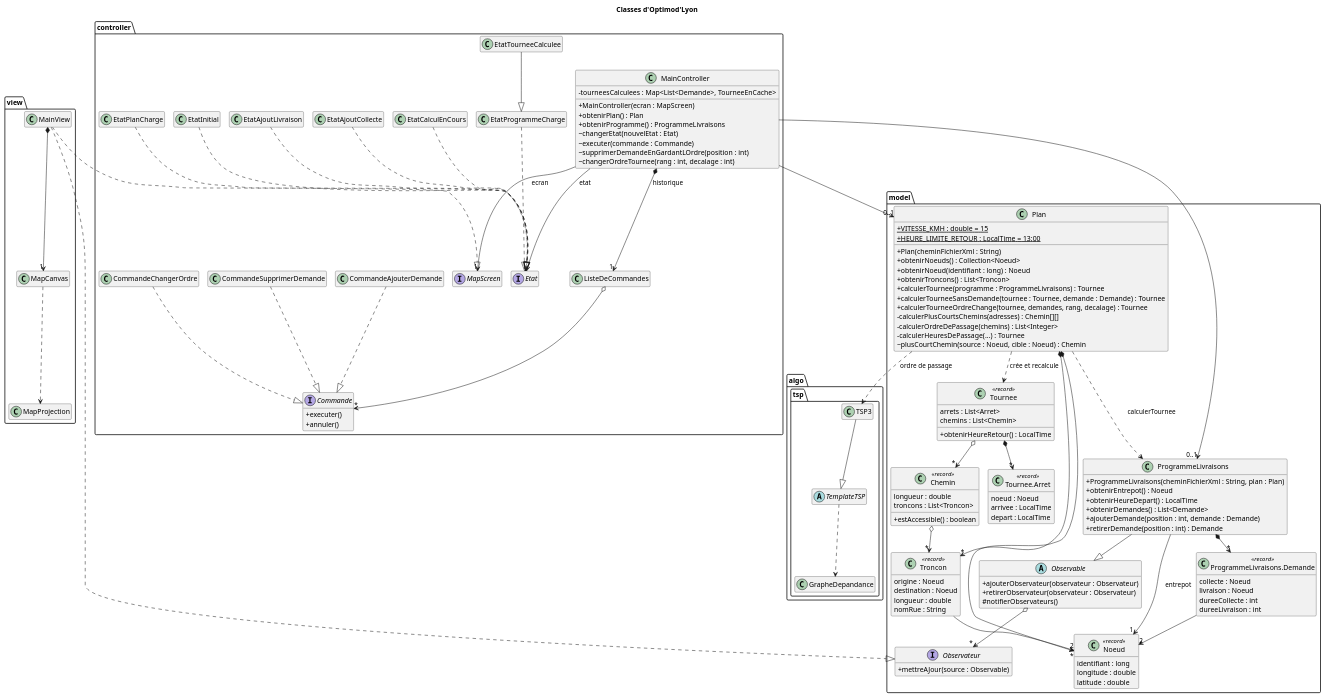
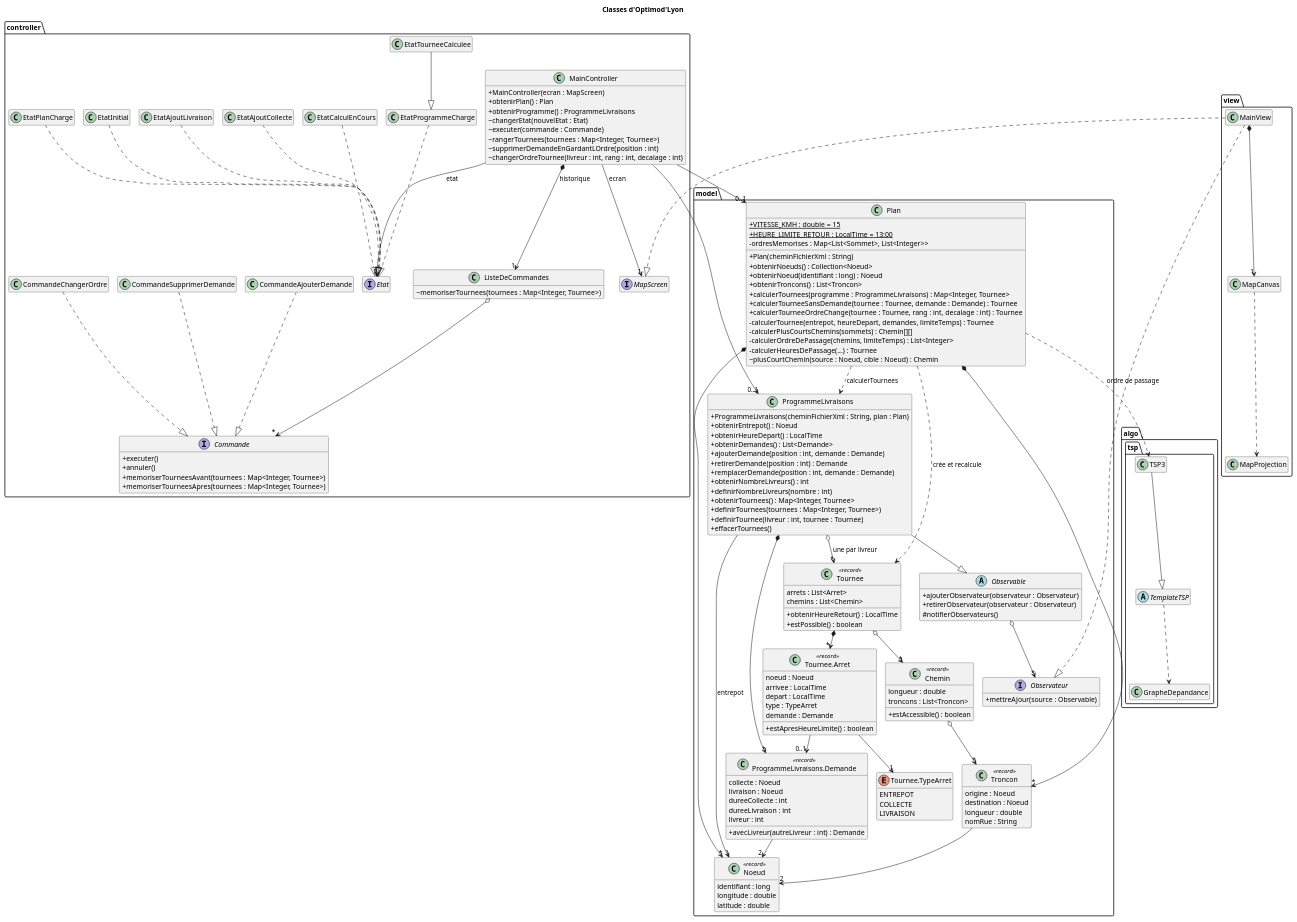
The diagram in docs/diagrams/classes.puml (tristanhp/Optimod-Lyon), drawn with PlantUML before and after one commit. The commit also changed 32 other files, not shown here.

Commit message:
TIG-95 plusieurs livreurs : une tournée par livreur (#35)

```diff
--- a/docs/diagrams/classes.puml
+++ b/docs/diagrams/classes.puml
@@ -1,153 +1,180 @@
 @startuml classes
 !pragma layout smetana
 title Classes d'Optimod'Lyon
 skinparam classAttributeIconSize 0
 hide empty members
 
 package "model" {
   class Plan {
     +{static} VITESSE_KMH : double = 15
     +{static} HEURE_LIMITE_RETOUR : LocalTime = 13:00
     +Plan(cheminFichierXml : String)
     +obtenirNoeuds() : Collection<Noeud>
     +obtenirNoeud(identifiant : long) : Noeud
     +obtenirTroncons() : List<Troncon>
-    +calculerTournee(programme : ProgrammeLivraisons) : Tournee
+    +calculerTournees(programme : ProgrammeLivraisons) : Map<Integer, Tournee>
     +calculerTourneeSansDemande(tournee : Tournee, demande : Demande) : Tournee
-    +calculerTourneeOrdreChange(tournee, demandes, rang, decalage) : Tournee
-    -calculerPlusCourtsChemins(adresses) : Chemin[][]
-    -calculerOrdreDePassage(chemins) : List<Integer>
+    +calculerTourneeOrdreChange(tournee : Tournee, rang : int, decalage : int) : Tournee
+    -ordresMemorises : Map<List<Sommet>, List<Integer>>
+    -calculerTournee(entrepot, heureDepart, demandes, limiteTemps) : Tournee
+    -calculerPlusCourtsChemins(sommets) : Chemin[][]
+    -calculerOrdreDePassage(chemins, limiteTemps) : List<Integer>
     -calculerHeuresDePassage(...) : Tournee
     ~plusCourtChemin(source : Noeud, cible : Noeud) : Chemin
   }
   class Noeud <<record>> {
     identifiant : long
     longitude : double
     latitude : double
   }
   class Troncon <<record>> {
     origine : Noeud
     destination : Noeud
     longueur : double
     nomRue : String
   }
   class Chemin <<record>> {
     longueur : double
     troncons : List<Troncon>
     +estAccessible() : boolean
   }
   abstract class Observable {
     +ajouterObservateur(observateur : Observateur)
     +retirerObservateur(observateur : Observateur)
     #notifierObservateurs()
   }
   interface Observateur {
     +mettreAJour(source : Observable)
   }
   class ProgrammeLivraisons {
     +ProgrammeLivraisons(cheminFichierXml : String, plan : Plan)
     +obtenirEntrepot() : Noeud
     +obtenirHeureDepart() : LocalTime
     +obtenirDemandes() : List<Demande>
     +ajouterDemande(position : int, demande : Demande)
     +retirerDemande(position : int) : Demande
+    +remplacerDemande(position : int, demande : Demande)
+    +obtenirNombreLivreurs() : int
+    +definirNombreLivreurs(nombre : int)
+    +obtenirTournees() : Map<Integer, Tournee>
+    +definirTournees(tournees : Map<Integer, Tournee>)
+    +definirTournee(livreur : int, tournee : Tournee)
+    +effacerTournees()
   }
   class "ProgrammeLivraisons.Demande" as Demande <<record>> {
     collecte : Noeud
     livraison : Noeud
     dureeCollecte : int
     dureeLivraison : int
+    livreur : int
+    +avecLivreur(autreLivreur : int) : Demande
   }
   class Tournee <<record>> {
     arrets : List<Arret>
     chemins : List<Chemin>
     +obtenirHeureRetour() : LocalTime
+    +estPossible() : boolean
   }
   class "Tournee.Arret" as Arret <<record>> {
     noeud : Noeud
     arrivee : LocalTime
     depart : LocalTime
+    type : TypeArret
+    demande : Demande
+    +estApresHeureLimite() : boolean
+  }
+  enum "Tournee.TypeArret" as TypeArret {
+    ENTREPOT
+    COLLECTE
+    LIVRAISON
   }
 }
 
 package "algo.tsp" {
   abstract class TemplateTSP
   class TSP3
   class GrapheDepandance
 }
 
 package "controller" {
   class MainController {
     +MainController(ecran : MapScreen)
     +obtenirPlan() : Plan
     +obtenirProgramme() : ProgrammeLivraisons
     ~changerEtat(nouvelEtat : Etat)
     ~executer(commande : Commande)
+    ~rangerTournees(tournees : Map<Integer, Tournee>)
     ~supprimerDemandeEnGardantLOrdre(position : int)
-    ~changerOrdreTournee(rang : int, decalage : int)
-    -tourneesCalculees : Map<List<Demande>, TourneeEnCache>
+    ~changerOrdreTournee(livreur : int, rang : int, decalage : int)
   }
   interface MapScreen
   interface Etat
   class EtatInitial
   class EtatPlanCharge
   class EtatProgrammeCharge
   class EtatTourneeCalculee
   class EtatCalculEnCours
   class EtatAjoutCollecte
   class EtatAjoutLivraison
   interface Commande {
     +executer()
     +annuler()
+    +memoriserTourneesAvant(tournees : Map<Integer, Tournee>)
+    +memoriserTourneesApres(tournees : Map<Integer, Tournee>)
   }
-  class ListeDeCommandes
+  class ListeDeCommandes {
+    ~memoriserTournees(tournees : Map<Integer, Tournee>)
+  }
   class CommandeAjouterDemande
   class CommandeSupprimerDemande
   class CommandeChangerOrdre
 }
 
 package "view" {
   class MainView
   class MapCanvas
   class MapProjection
 }
 
 Plan *--> "*" Noeud
 Plan *--> "*" Troncon
 Troncon --> "2" Noeud
 Chemin o--> "*" Troncon
-Plan ..> ProgrammeLivraisons : calculerTournee
+Plan ..> ProgrammeLivraisons : calculerTournees
 Plan ..> Tournee : crée et recalcule
 Plan ..> TSP3 : ordre de passage
 TSP3 --|> TemplateTSP
 TemplateTSP ..> GrapheDepandance
 ProgrammeLivraisons --|> Observable
 Observable o--> "*" Observateur
 ProgrammeLivraisons *--> "*" Demande
 ProgrammeLivraisons --> "1" Noeud : entrepot
+ProgrammeLivraisons o--> "*" Tournee : une par livreur
 Demande --> "2" Noeud
 Tournee *--> "*" Arret
+Arret --> "1" TypeArret
+Arret --> "0..1" Demande
 Tournee o--> "*" Chemin
 
 MainController --> "1" MapScreen : ecran
 MainController --> "1" Etat : etat
 MainController *--> "1" ListeDeCommandes : historique
 MainController --> "0..1" Plan
 MainController --> "0..1" ProgrammeLivraisons
 EtatInitial ..|> Etat
 EtatPlanCharge ..|> Etat
 EtatProgrammeCharge ..|> Etat
 EtatTourneeCalculee --|> EtatProgrammeCharge
 EtatCalculEnCours ..|> Etat
 EtatAjoutCollecte ..|> Etat
 EtatAjoutLivraison ..|> Etat
 ListeDeCommandes o--> "*" Commande
 CommandeAjouterDemande ..|> Commande
 CommandeSupprimerDemande ..|> Commande
 CommandeChangerOrdre ..|> Commande
 
 MainView ..|> MapScreen
 MainView ..|> Observateur
 MainView *--> "1" MapCanvas
 MapCanvas ..> MapProjection
 @enduml
```
